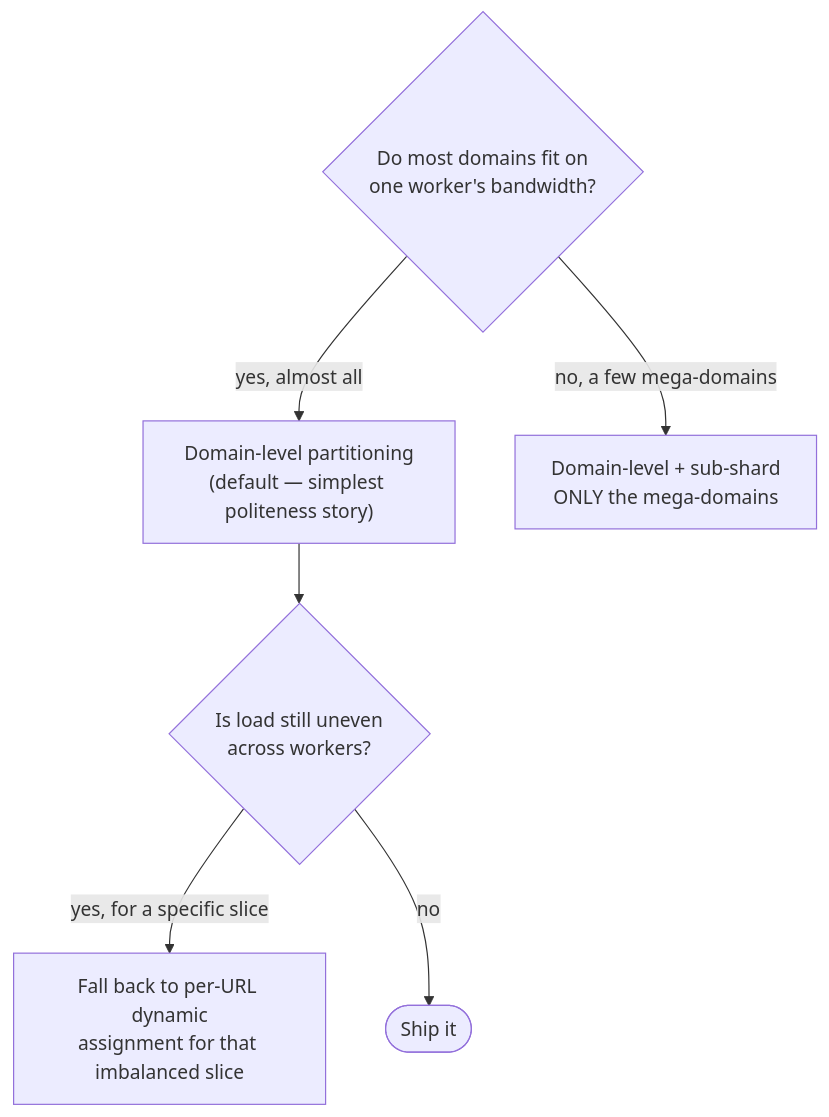
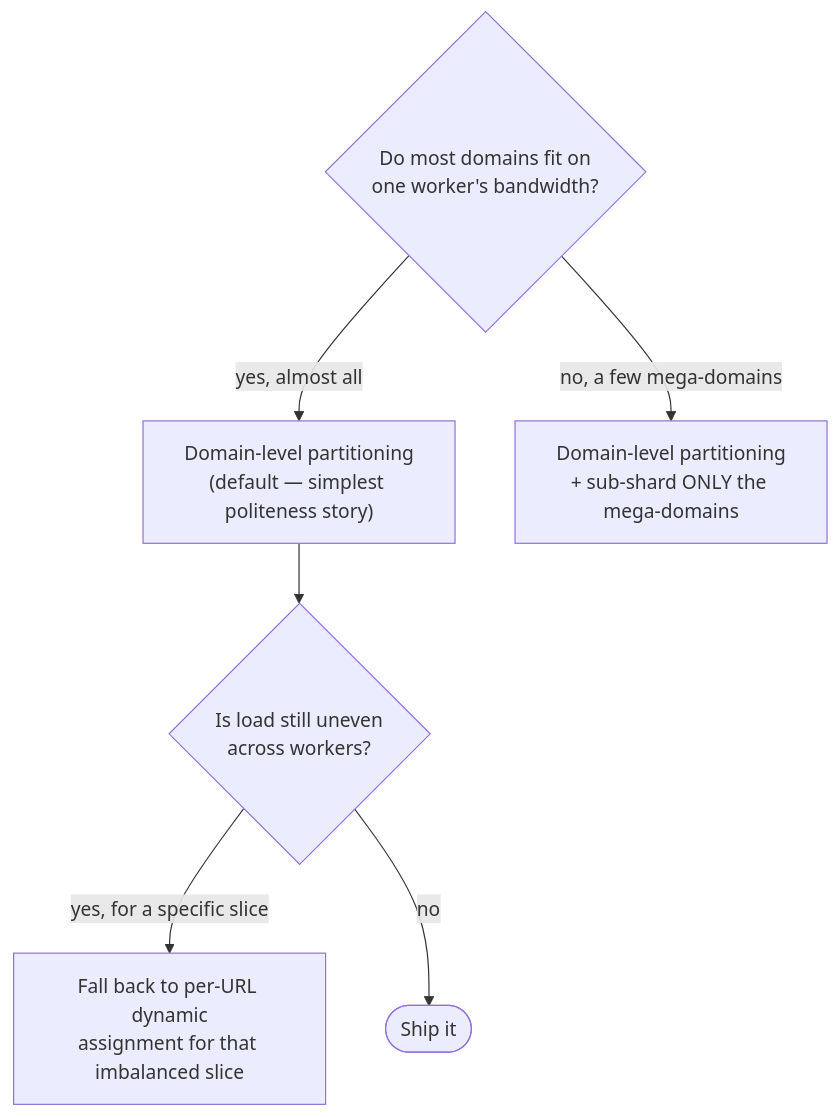
The eighth of 16 diagrams in system-design/HLD/0-course/35-Web-Crawler-FAANG-Guide-story.md (riyaz-pasha/Learnings), drawn with Mermaid before and after one commit. The commit also changed other lines of this file and 5 other files, not shown here.

Commit message:
[REWRITE] Design Newsfeed story guide: simplify prose, add structure, fix diagrams

````diff
--- a/system-design/HLD/0-course/35-Web-Crawler-FAANG-Guide-story.md
+++ b/system-design/HLD/0-course/35-Web-Crawler-FAANG-Guide-story.md
@@ -192,9 +478,9 @@
 ```mermaid
 flowchart TD
-    Start{"Do most domains fit on\none worker's bandwidth?"}
-    Start -->|yes, almost all| Domain["Domain-level partitioning\n(default — simplest politeness story)"]
-    Start -->|no, a few mega-domains| Sub["Domain-level + sub-shard\nONLY the mega-domains"]
-    Domain --> Even{"Is load still uneven\nacross workers?"}
-    Even -->|yes, for a specific slice| Dynamic["Fall back to per-URL dynamic\nassignment for that imbalanced slice"]
-    Even -->|no| Done(["Ship it"])
+    Start{"Do most domains fit on<br/>one worker's bandwidth?"}
+    Start -->|"yes, almost all"| Domain["Domain-level partitioning<br/>(default — simplest politeness story)"]
+    Start -->|"no, a few mega-domains"| Sub["Domain-level partitioning<br/>+ sub-shard ONLY the mega-domains"]
+    Domain --> Even{"Is load still uneven<br/>across workers?"}
+    Even -->|"yes, for a specific slice"| Dynamic["Fall back to per-URL dynamic<br/>assignment for that imbalanced slice"]
+    Even -->|"no"| Done(["Ship it"])
 ```
````
